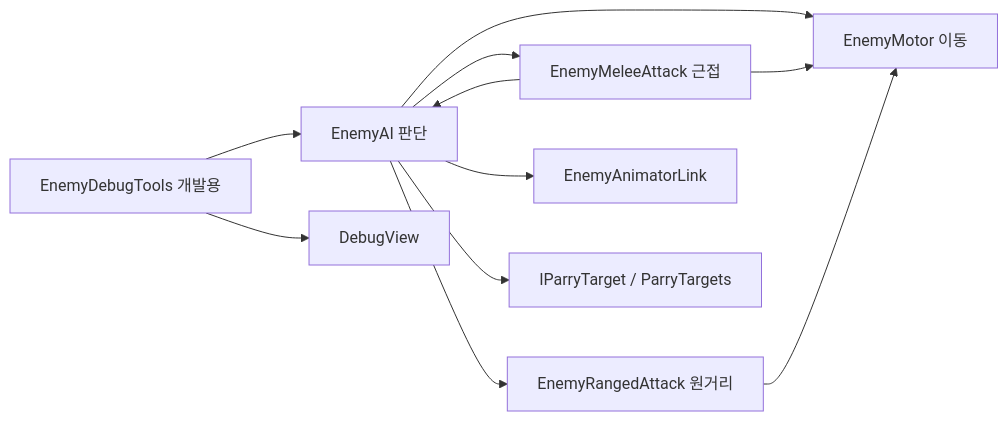
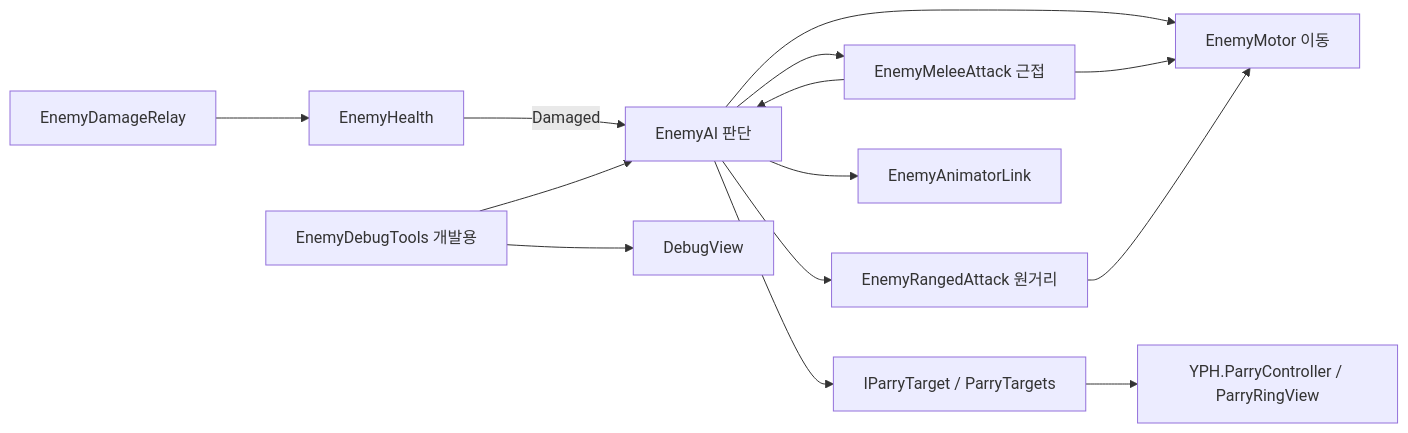
The diagram in SteamAttack/TeamWorkflow/Features/적AI.md (Shaun1667/Project-SteamAttack), drawn with Mermaid before and after one commit. The commit also changed other lines of this file and 7 other files, not shown here.

````diff
--- a/SteamAttack/TeamWorkflow/Features/적AI.md
+++ b/SteamAttack/TeamWorkflow/Features/적AI.md
@@ -96,13 +104,16 @@
 ```mermaid
 flowchart LR
     AI[EnemyAI 판단] --> Motor[EnemyMotor 이동]
     AI --> Melee[EnemyMeleeAttack 근접]
     AI --> Ranged[EnemyRangedAttack 원거리]
     AI --> Animation[EnemyAnimatorLink]
     Melee --> Motor
     Ranged --> Motor
     Melee --> AI
+    Health[EnemyHealth] -- Damaged --> AI
+    Relay[EnemyDamageRelay] --> Health
     AI --> Parry[IParryTarget / ParryTargets]
+    Parry --> Player[YPH.ParryController / ParryRingView]
     Debug[EnemyDebugTools 개발용] --> AI
     Debug --> View[DebugView]
 ```
````
